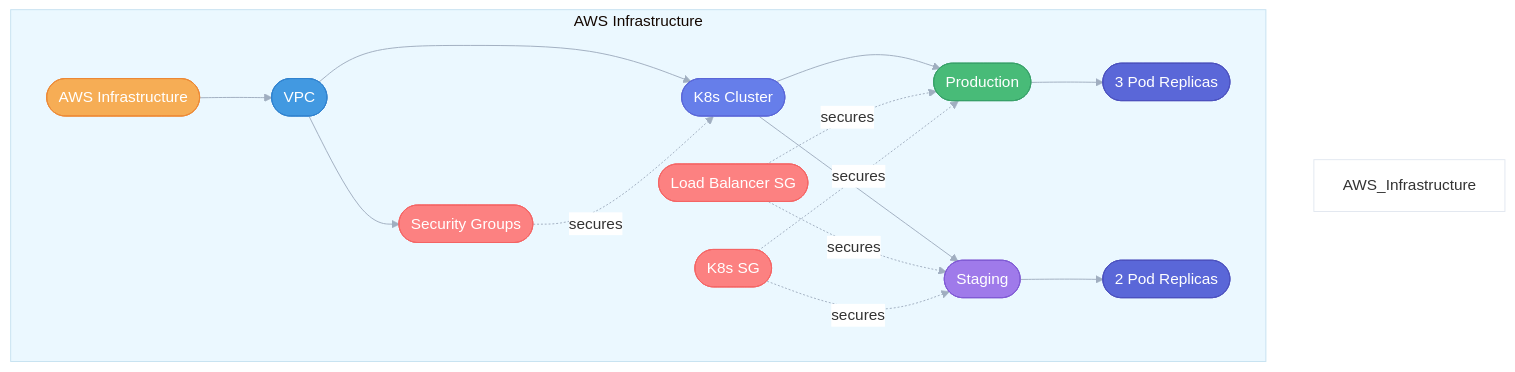
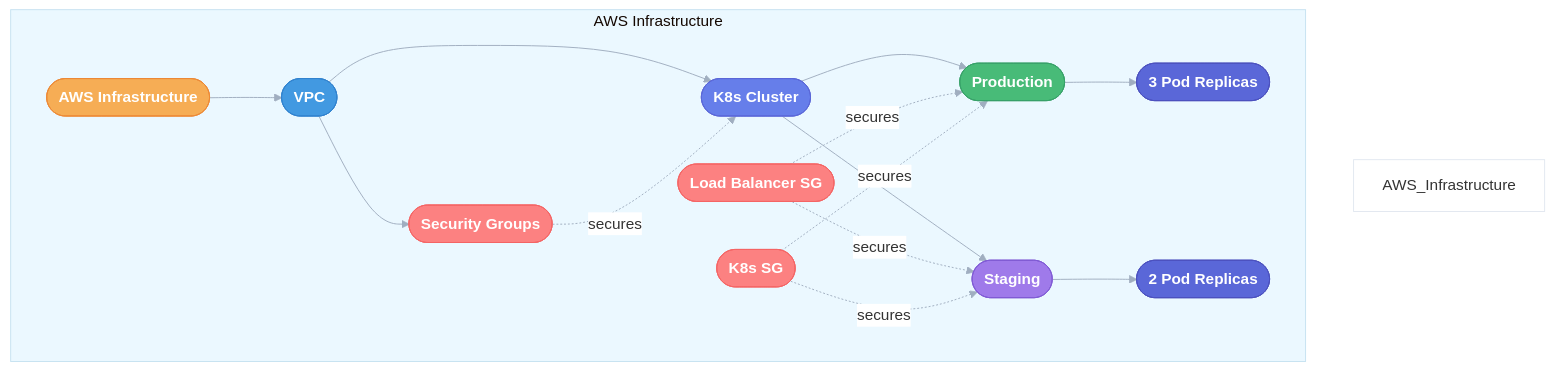
The fourth of 5 diagrams in README.md (DanorSODA/Devops-Course-Final-Project), drawn with Mermaid before and after one commit. The commit also changed other lines of this file, not shown here.

````diff
--- a/README.md
+++ b/README.md
@@ -130,30 +172,40 @@
 ```mermaid
-%%{init: {'theme': 'base', 'themeVariables': { 'primaryColor': '#4299e1', 'edgeLabelBackground':'#ffffff', 'tertiaryColor': '#ebf8ff', 'lineColor': '#a0aec0'}}}%%
+%%{init: {
+  'theme': 'base',
+  'themeVariables': {
+    'primaryColor': '#4299e1',
+    'edgeLabelBackground':'#ffffff',
+    'tertiaryColor': '#ebf8ff',
+    'lineColor': '#a0aec0',
+    'fontFamily': 'arial',
+    'fontSize': '16px'
+  }
+}}%%
 graph TD
     subgraph "AWS Infrastructure"
         style AWS_Infrastructure fill:#ffffff,stroke:#e2e8f0
         A([AWS Infrastructure]):::aws --> B([VPC]):::vpc
         B --> SG1([Security Groups]):::sg
         B --> C([K8s Cluster]):::k8s
 
         SG1 -.secures.-> C
         C --> D([Production]):::prod
         C --> E([Staging]):::stage
 
         D --> DP([3 Pod Replicas]):::pod
         E --> SP([2 Pod Replicas]):::pod
 
         SG2([Load Balancer SG]):::sg -.secures.-> D
         SG3([K8s SG]):::sg -.secures.-> D
         SG2 -.secures.-> E
         SG3 -.secures.-> E
     end
 
-    classDef aws fill:#f6ad55,stroke:#ed8936,color:#fff
-    classDef vpc fill:#4299e1,stroke:#3182ce,color:#fff
-    classDef sg fill:#fc8181,stroke:#f56565,color:#fff
-    classDef k8s fill:#667eea,stroke:#5a67d8,color:#fff
-    classDef prod fill:#48bb78,stroke:#38a169,color:#fff
-    classDef stage fill:#9f7aea,stroke:#805ad5,color:#fff
-    classDef pod fill:#5a67d8,stroke:#4c51bf,color:#fff
+    classDef aws fill:#f6ad55,stroke:#ed8936,color:#fff,font-family:arial,font-weight:bold
+    classDef vpc fill:#4299e1,stroke:#3182ce,color:#fff,font-family:arial,font-weight:bold
+    classDef sg fill:#fc8181,stroke:#f56565,color:#fff,font-family:arial,font-weight:bold
+    classDef k8s fill:#667eea,stroke:#5a67d8,color:#fff,font-family:arial,font-weight:bold
+    classDef prod fill:#48bb78,stroke:#38a169,color:#fff,font-family:arial,font-weight:bold
+    classDef stage fill:#9f7aea,stroke:#805ad5,color:#fff,font-family:arial,font-weight:bold
+    classDef pod fill:#5a67d8,stroke:#4c51bf,color:#fff,font-family:arial,font-weight:bold
 ```
````
